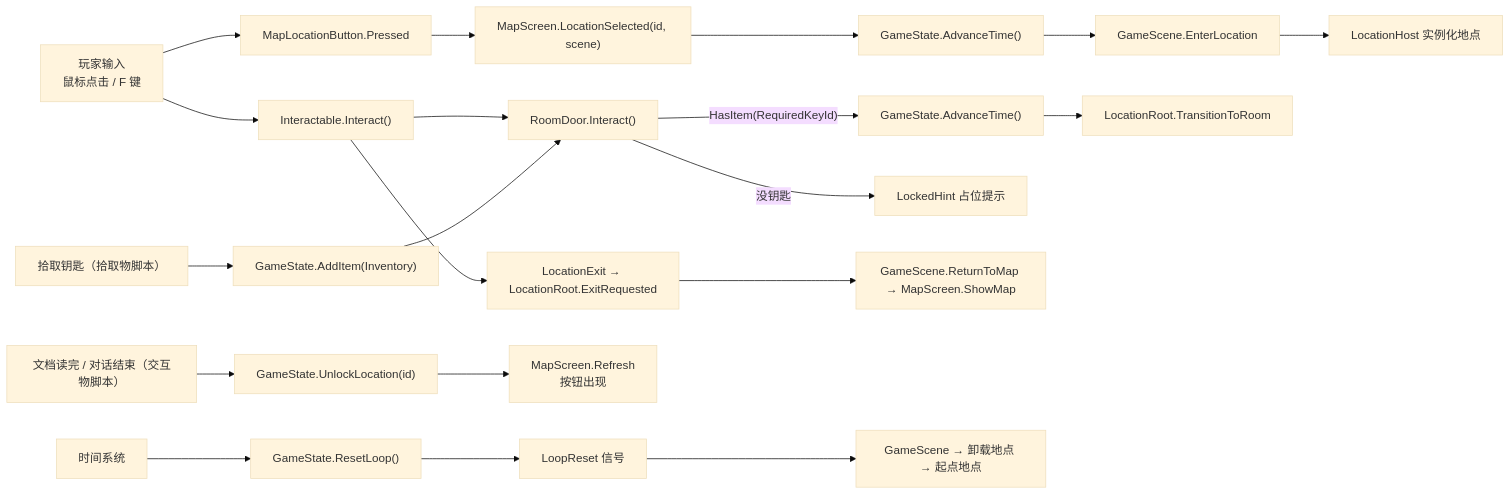
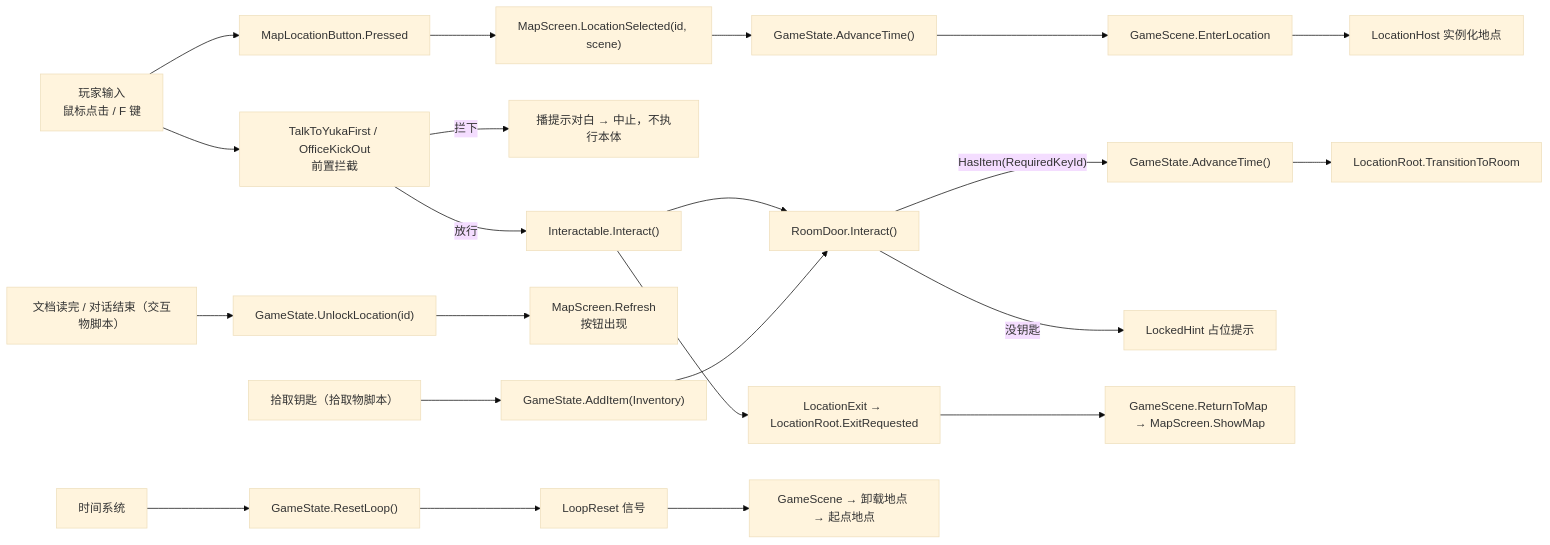
One commit to Yumihoshi/pandagj-2026 changed the second of 5 diagrams in docs/superpowers/specs/2026-11-06-map-scene-system-design.md. Above: the diagram before and after it, drawn with Mermaid (base theme). The commit also changed other lines of this file and 15 other files, not shown here.

````diff
--- a/docs/superpowers/specs/2026-11-06-map-scene-system-design.md
+++ b/docs/superpowers/specs/2026-11-06-map-scene-system-design.md
@@ -425,26 +421,28 @@
 ```mermaid
 flowchart LR
     Input["玩家输入<br/>鼠标点击 / F 键"] --> Map["MapLocationButton.Pressed"]
-    Input --> Inter["Interactable.Interact()"]
+    Input --> Gate["TalkToYukaFirst / OfficeKickOut<br/>前置拦截"]
+    Gate -->|放行| Inter["Interactable.Interact()"]
+    Gate -->|拦下| Prompt["播提示对白 → 中止，不执行本体"]
 
     Map --> Sel["MapScreen.LocationSelected(id, scene)"]
     Sel --> Adv["GameState.AdvanceTime()"]
     Adv --> Load["GameScene.EnterLocation"]
     Load --> Host["LocationHost 实例化地点"]
 
     Inter --> Door["RoomDoor.Interact()"]
     Door -->|"HasItem(RequiredKeyId)"| AdvRoom["GameState.AdvanceTime()"]
     AdvRoom --> RoomDoor["LocationRoot.TransitionToRoom"]
     Door -->|"没钥匙"| Hint["LockedHint 占位提示"]
     Inter --> Exit["LocationExit → LocationRoot.ExitRequested"]
     Exit --> MapShow["GameScene.ReturnToMap → MapScreen.ShowMap"]
 
     Doc["文档读完 / 对话结束（交互物脚本）"] --> Unlock["GameState.UnlockLocation(id)"]
     Unlock --> Refresh["MapScreen.Refresh<br/>按钮出现"]
     KeyPick["拾取钥匙（拾取物脚本）"] --> Inv["GameState.AddItem(Inventory)"]
     Inv --> Door
 
     TimeSys["时间系统"] --> Reset["GameState.ResetLoop()"]
     Reset --> GS["LoopReset 信号"]
     GS --> Back["GameScene → 卸载地点 → 起点地点"]
 ```
````
